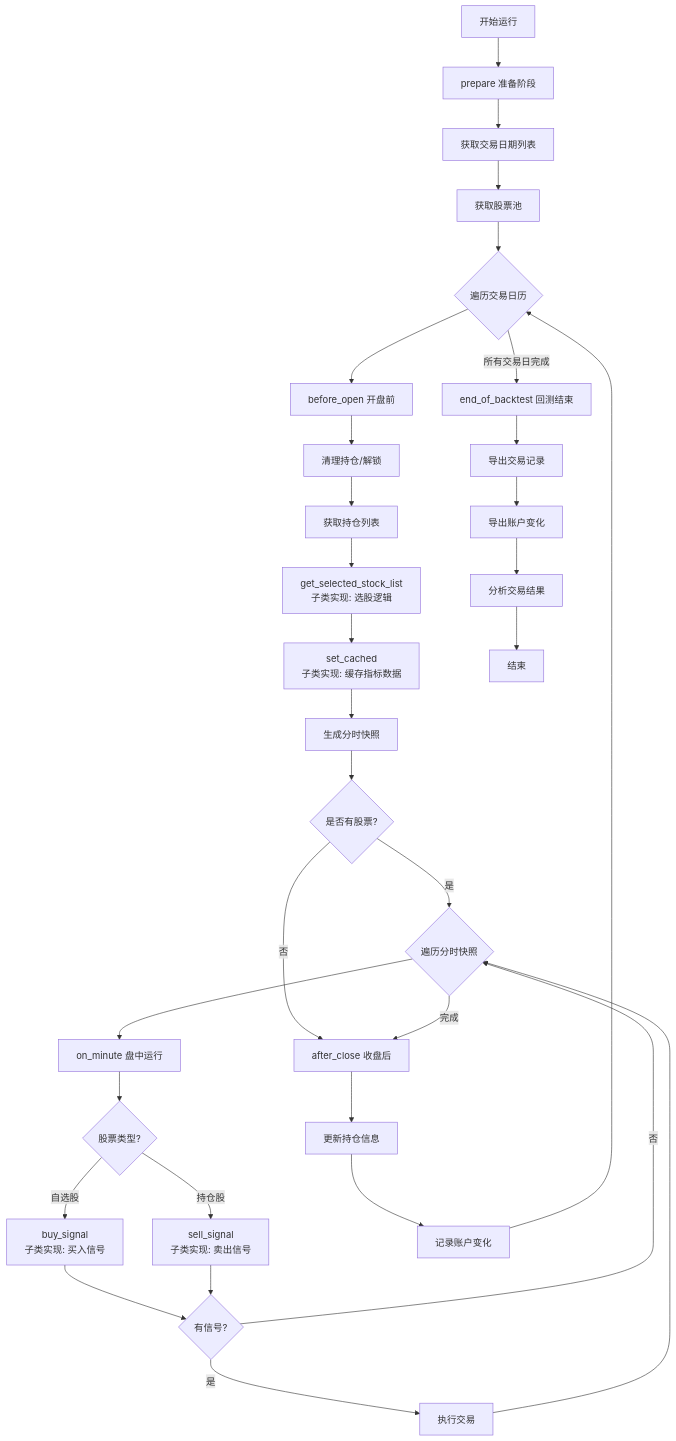
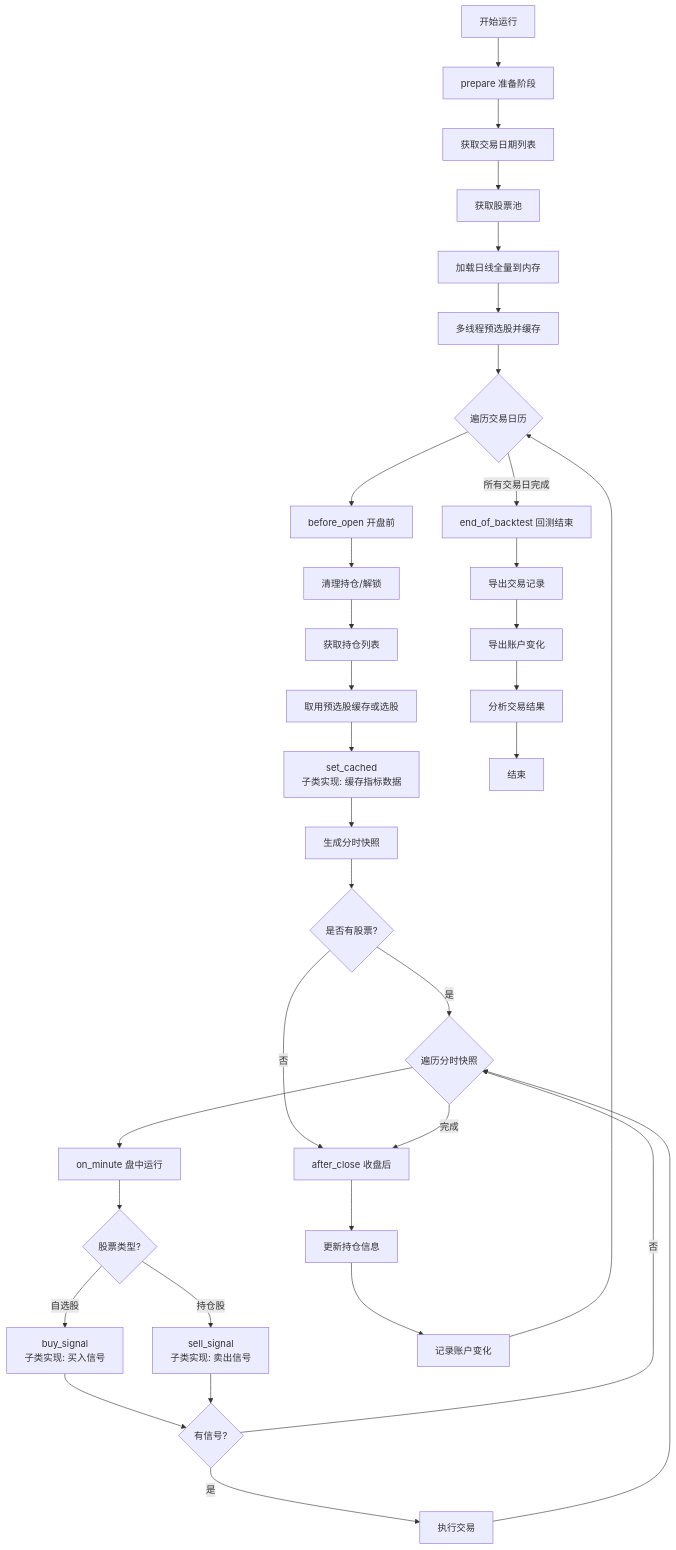
The diagram in README.md (guowei-xie/MoneyDog), drawn with Mermaid before and after one commit. The commit also changed other lines of this file and 8 other files, not shown here.

````diff
--- a/README.md
+++ b/README.md
@@ -239,39 +243,41 @@
 ```mermaid
 flowchart TD
     A[开始运行] --> B[prepare 准备阶段]
     B --> B1[获取交易日期列表]
     B1 --> B2[获取股票池]
-    B2 --> C{遍历交易日历}
+    B2 --> B3[加载日线全量到内存]
+    B3 --> B4[多线程预选股并缓存]
+    B4 --> C{遍历交易日历}
     
     C --> D[before_open 开盘前]
     D --> D1[清理持仓/解锁]
     D1 --> D2[获取持仓列表]
-    D2 --> D3[get_selected_stock_list<br/>子类实现: 选股逻辑]
+    D2 --> D3[取用预选股缓存或选股]
     D3 --> D4[set_cached<br/>子类实现: 缓存指标数据]
     D4 --> D5[生成分时快照]
     D5 --> D6{是否有股票?}
     
     D6 -->|否| E[after_close 收盘后]
     D6 -->|是| F{遍历分时快照}
     
     F --> G[on_minute 盘中运行]
     G --> G1{股票类型?}
     G1 -->|自选股| G2[buy_signal<br/>子类实现: 买入信号]
     G1 -->|持仓股| G3[sell_signal<br/>子类实现: 卖出信号]
     G2 --> G4{有信号?}
     G3 --> G4
     G4 -->|是| G5[执行交易]
     G4 -->|否| F
     G5 --> F
     
     F -->|完成| E
     E --> E1[更新持仓信息]
     E1 --> E2[记录账户变化]
     E2 --> C
     
     C -->|所有交易日完成| H[end_of_backtest 回测结束]
     H --> H1[导出交易记录]
     H1 --> H2[导出账户变化]
     H2 --> H3[分析交易结果]
     H3 --> I[结束]
 ```
````
